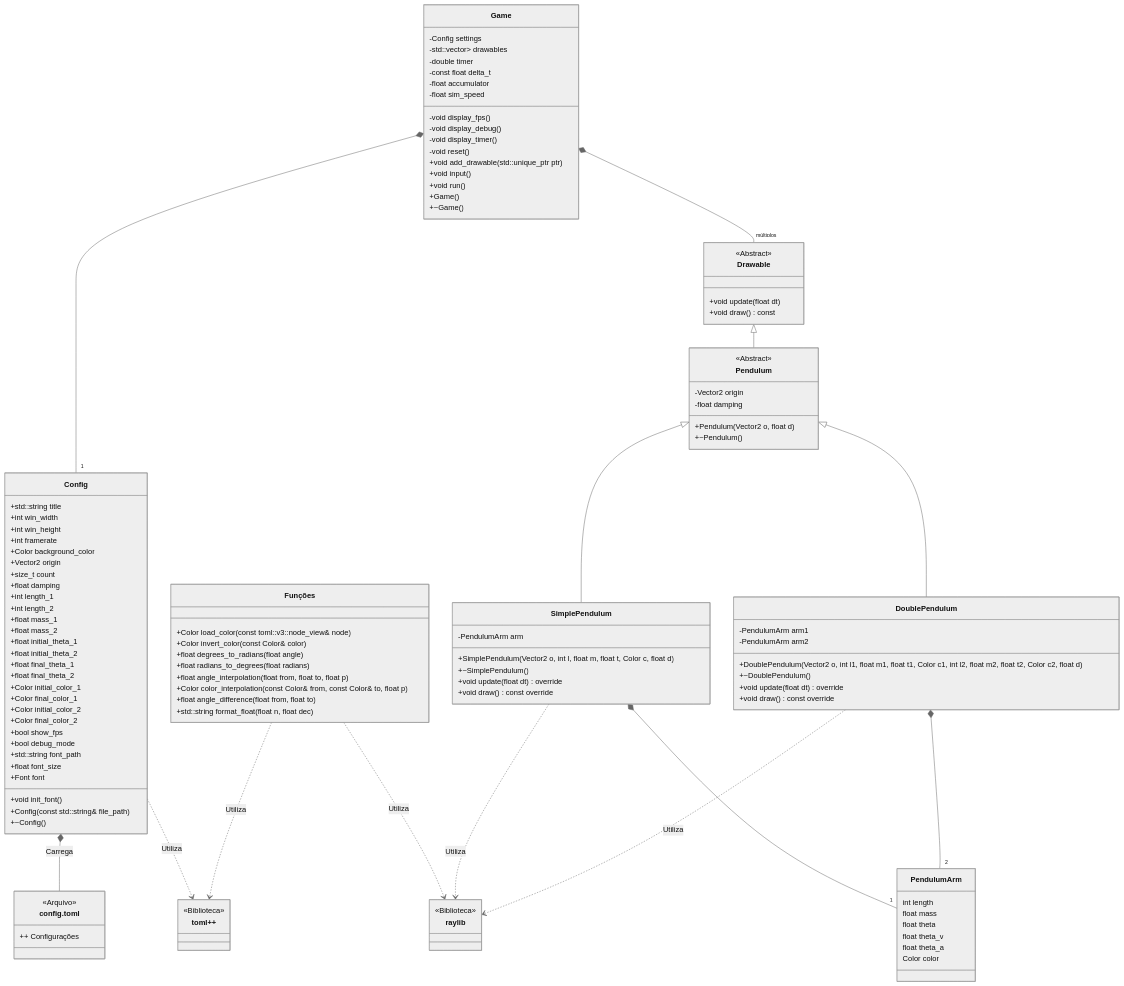
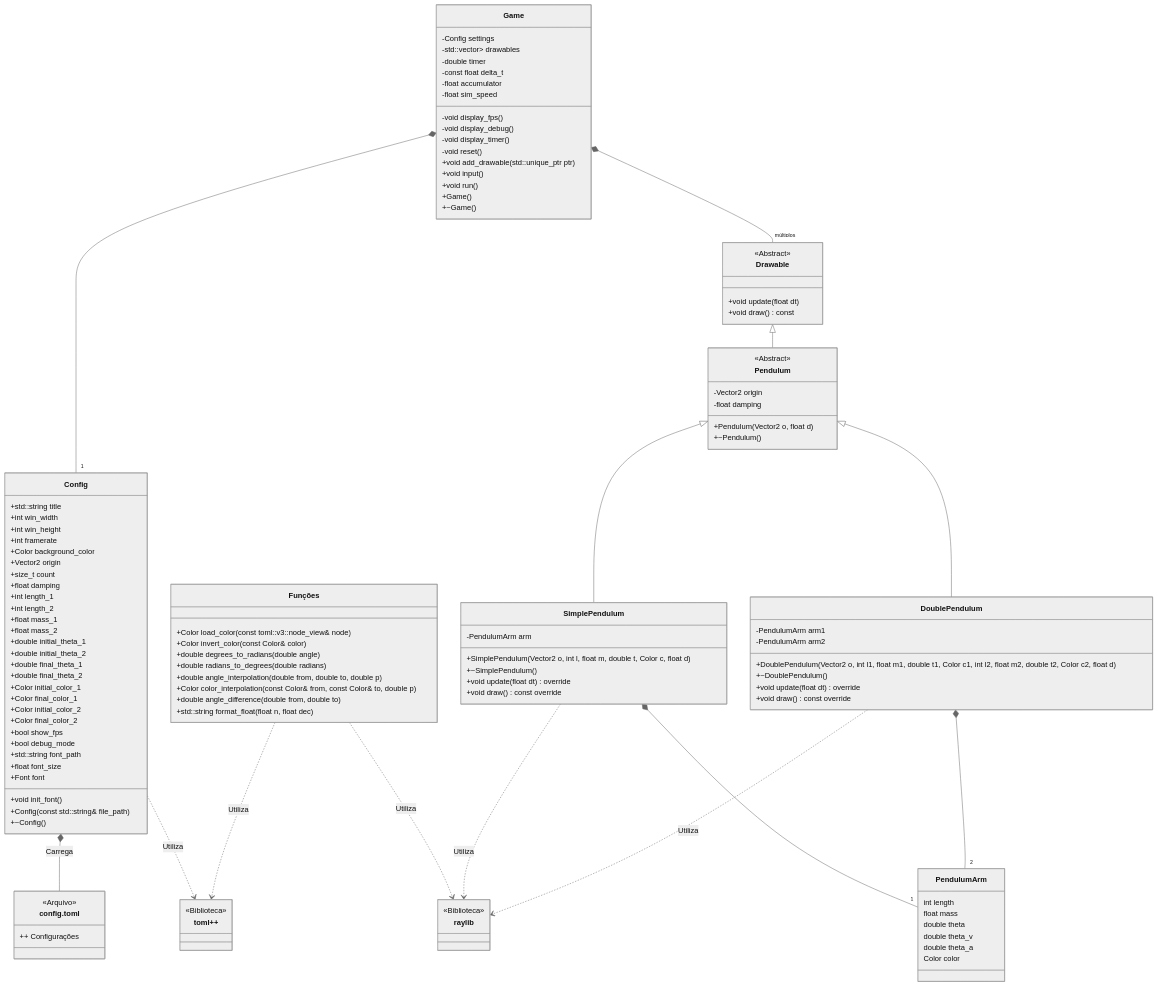
The diagram in readme.md (SamVeras/ChaoticDPends), drawn with Mermaid before and after one commit. The commit also changed 8 other files, not shown here.

```diff
--- a/readme.md
+++ b/readme.md
@@ -113,7 +113,7 @@
 
   class SimplePendulum {
       -PendulumArm arm
-      +SimplePendulum(Vector2 o, int l, float m, float t, Color c, float d)
+      +SimplePendulum(Vector2 o, int l, float m, double t, Color c, float d)
       +~SimplePendulum()
       +void update(float dt) override
       +void draw() const override
@@ -122,7 +122,7 @@
   class DoublePendulum {
       -PendulumArm arm1
       -PendulumArm arm2
-      +DoublePendulum(Vector2 o, int l1, float m1, float t1, Color c1, int l2, float m2, float t2, Color c2, float d)
+      +DoublePendulum(Vector2 o, int l1, float m1, double t1, Color c1, int l2, float m2, double t2, Color c2, float d)
       +~DoublePendulum()
       +void update(float dt) override
       +void draw() const override
@@ -131,9 +131,9 @@
   class PendulumArm {
       int length
       float mass
-      float theta
-      float theta_v
-      float theta_a
+      double theta
+      double theta_v
+      double theta_a
       Color color
   }
 
@@ -168,10 +168,10 @@
       +int length_2
       +float mass_1
       +float mass_2
-      +float initial_theta_1
-      +float initial_theta_2
-      +float final_theta_1
-      +float final_theta_2
+      +double initial_theta_1
+      +double initial_theta_2
+      +double final_theta_1
+      +double final_theta_2
       +Color initial_color_1
       +Color final_color_1
       +Color initial_color_2
@@ -189,11 +189,11 @@
   class Funções {
       +Color load_color(const toml::v3::node_view<toml::v3::node>& node)
       +Color invert_color(const Color& color)
-      +float degrees_to_radians(float angle)
-      +float radians_to_degrees(float radians)
-      +float angle_interpolation(float from, float to, float p)
-      +Color color_interpolation(const Color& from, const Color& to, float p)
-      +float angle_difference(float from, float to)
+      +double degrees_to_radians(double angle)
+      +double radians_to_degrees(double radians)
+      +double angle_interpolation(double from, double to, double p)
+      +Color color_interpolation(const Color& from, const Color& to, double p)
+      +double angle_difference(double from, double to)
       +std::string format_float(float n, float dec)
   }
 
```
